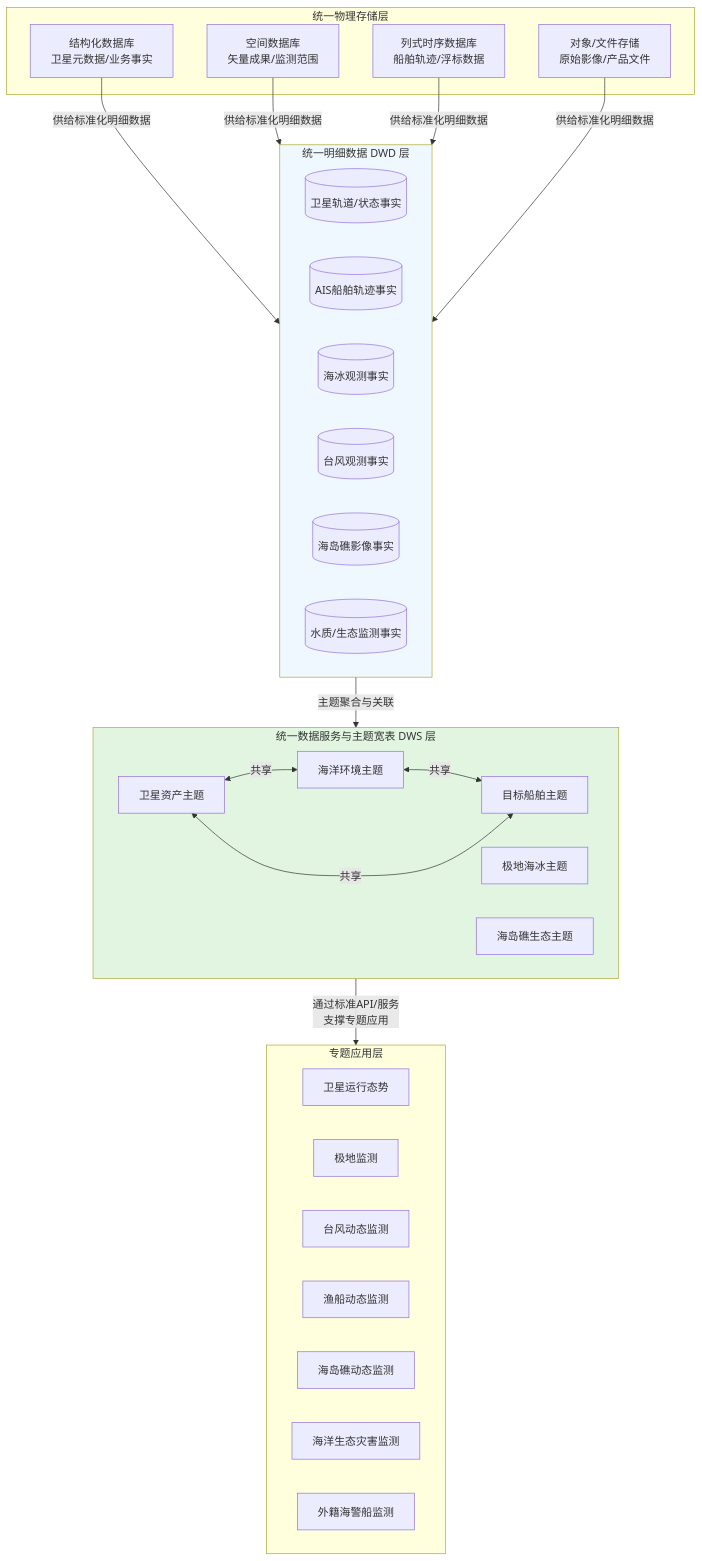
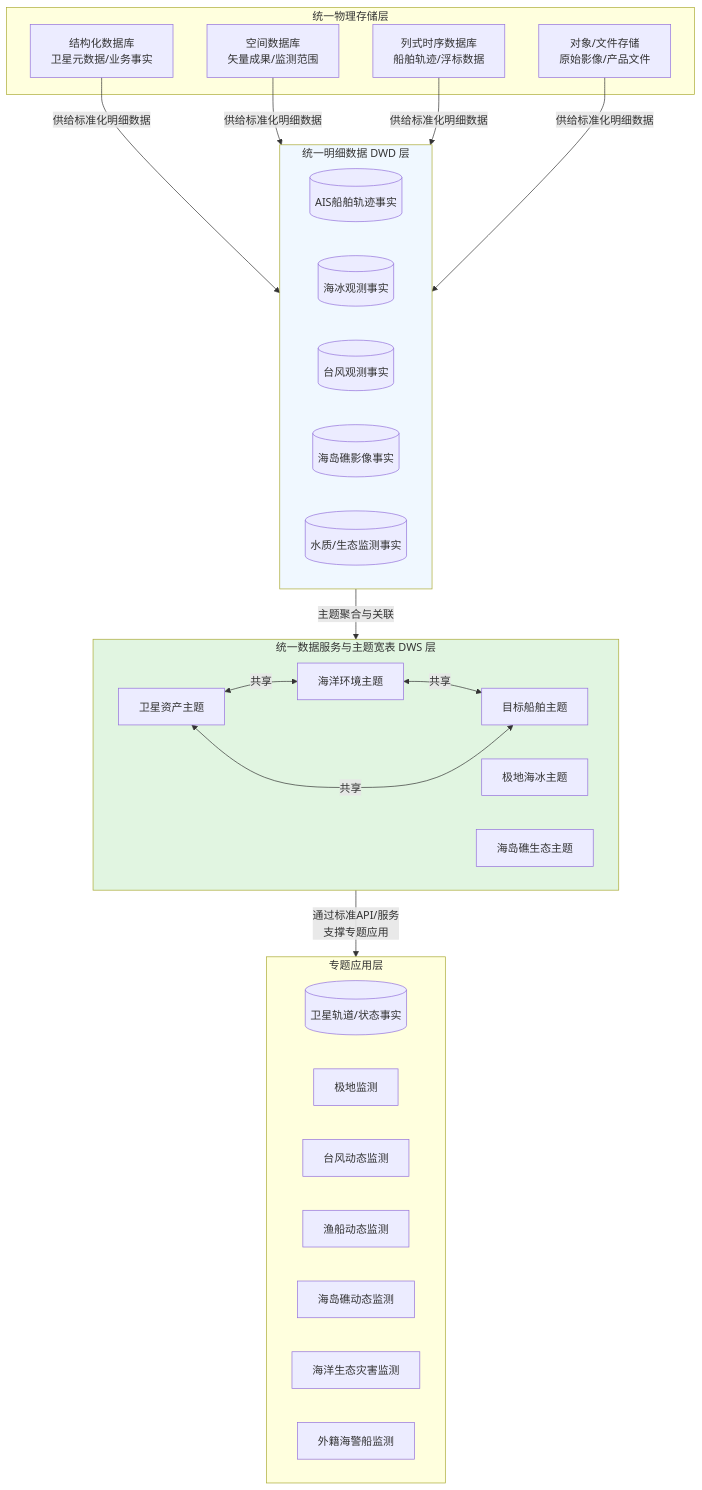
The diagram in all/未命名.md (MyJohn2/iodraw-files), drawn with Mermaid before and after one commit.

Commit message:
2026-01-15 13:02:17 update

````diff
--- a/all/未命名.md
+++ b/all/未命名.md
@@ -1,44 +1,44 @@
 ```mermaid
 graph TD
     subgraph A [专题应用层]
         direction LR
-        A1[卫星运行态势]
+        C1[卫星运行态势]
         A2[极地监测]
         A3[台风动态监测]
         A4[渔船动态监测]
         A5[海岛礁动态监测]
         A6[海洋生态灾害监测]
         A7[外籍海警船监测]
     end
 
     subgraph B [统一数据服务与主题宽表 DWS 层]
         B1[卫星资产主题]<-->|共享| B2[海洋环境主题]
         B2<-->|共享| B3[目标船舶主题]
         B3<-->|共享| B1
         B4[极地海冰主题]
         B5[海岛礁生态主题]
     end
 
     subgraph C [统一明细数据 DWD 层]
         C1[(卫星轨道/状态事实)]
         C2[(AIS船舶轨迹事实)]
         C3[(海冰观测事实)]
         C4[(台风观测事实)]
         C5[(海岛礁影像事实)]
         C6[(水质/生态监测事实)]
     end
 
     subgraph D [统一物理存储层]
         D1[结构化数据库<br>卫星元数据/业务事实]
         D2[空间数据库<br>矢量成果/监测范围]
         D3[列式时序数据库<br>船舶轨迹/浮标数据]
         D4[对象/文件存储<br>原始影像/产品文件]
     end
 
     D1 & D2 & D3 & D4 -- 供给标准化明细数据 --> C
     C -- 主题聚合与关联 --> B
     B -- 通过标准API/服务 <br> 支撑专题应用 --> A
     
     style B fill:#e1f5e1
     style C fill:#f0f8ff
 ```
````
